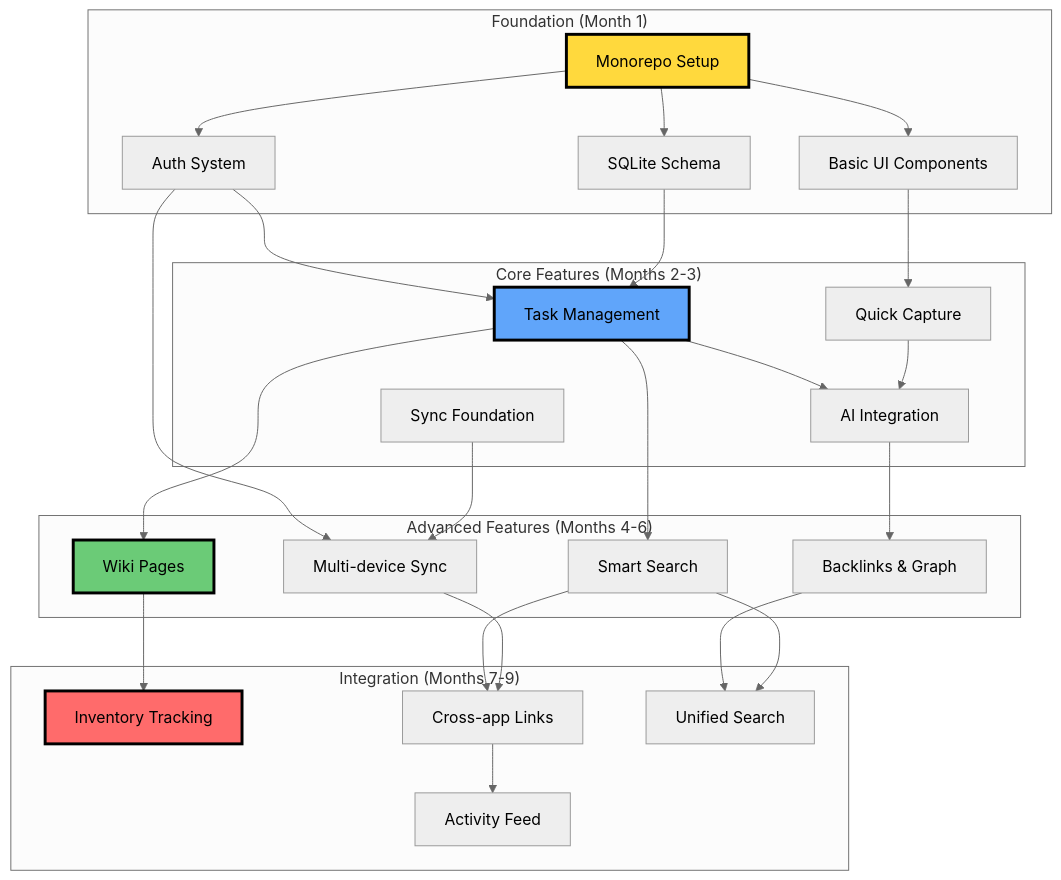
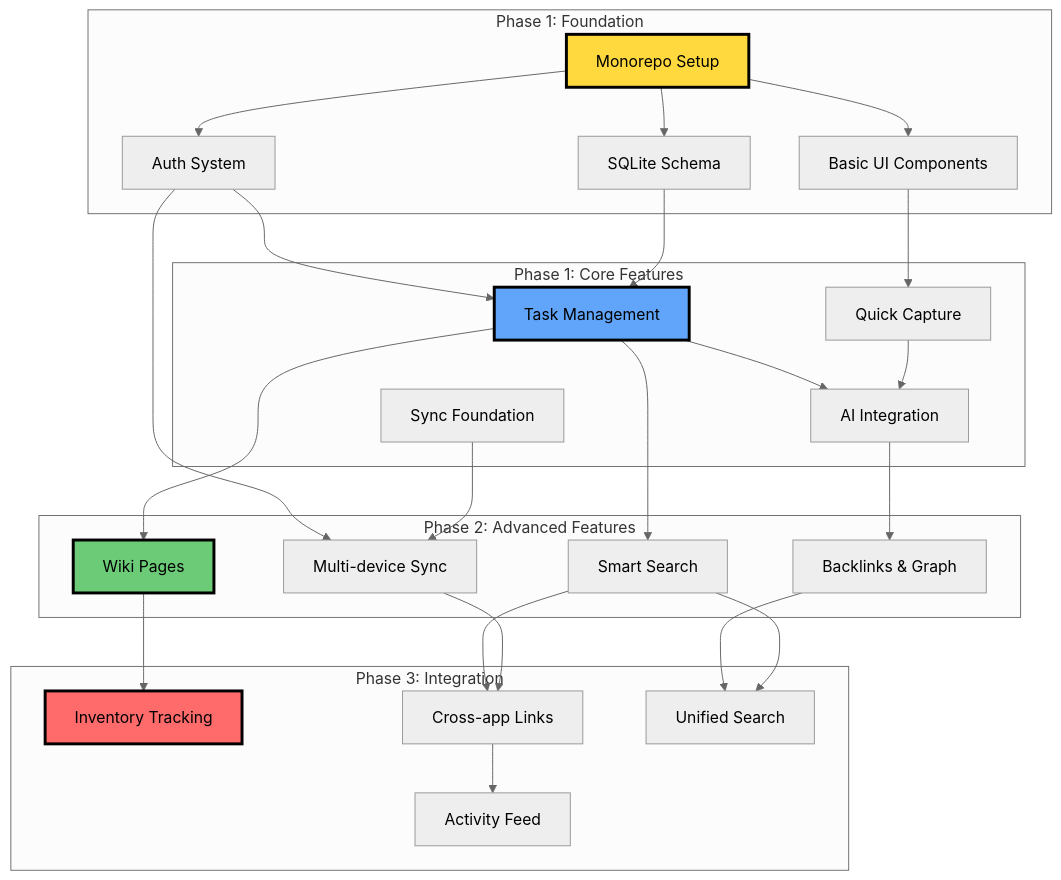
One commit to getaltair/altair changed the fifth of 6 diagrams in docs/DEVELOPMENT-ROADMAP.md. Above: the diagram before and after it, drawn with Mermaid (neutral theme). The commit also changed other lines of this file and 9 other files, not shown here.

First line of the commit message:
chore(docs): cleanup and remove timeline information (#33)

````diff
--- a/docs/DEVELOPMENT-ROADMAP.md
+++ b/docs/DEVELOPMENT-ROADMAP.md
@@ -493,58 +485,58 @@
 ```mermaid
 graph TB
-    subgraph "Foundation (Month 1)"
+    subgraph "Phase 1: Foundation"
         F1[Monorepo Setup]
         F2[Auth System]
         F3[SQLite Schema]
         F4[Basic UI Components]
     end
 
-    subgraph "Core Features (Months 2-3)"
+    subgraph "Phase 1: Core Features"
         C1[Task Management]
         C2[Quick Capture]
         C3[AI Integration]
         C4[Sync Foundation]
     end
 
-    subgraph "Advanced Features (Months 4-6)"
+    subgraph "Phase 2: Advanced Features"
         A1[Wiki Pages]
         A2[Backlinks & Graph]
         A3[Smart Search]
         A4[Multi-device Sync]
     end
 
-    subgraph "Integration (Months 7-9)"
+    subgraph "Phase 3: Integration"
         I1[Inventory Tracking]
         I2[Cross-app Links]
         I3[Unified Search]
         I4[Activity Feed]
     end
 
     F1 --> F2
     F1 --> F3
     F1 --> F4
 
     F2 --> C1
     F3 --> C1
     F4 --> C2
     C1 --> C3
     C2 --> C3
 
     C1 --> A1
     C3 --> A2
     C1 --> A3
     F2 --> A4
     C4 --> A4
 
     A1 --> I1
     A3 --> I2
     A4 --> I2
     A2 --> I3
     A3 --> I3
     I2 --> I4
 
     style F1 fill:#FFD93D,stroke:#000,stroke-width:3px
     style C1 fill:#60A5FA,stroke:#000,stroke-width:3px
     style A1 fill:#6BCB77,stroke:#000,stroke-width:3px
     style I1 fill:#FF6B6B,stroke:#000,stroke-width:3px
 ```
````
